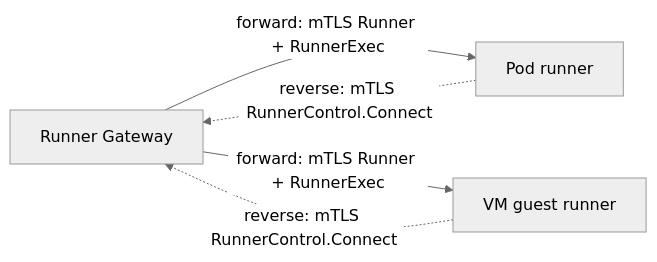
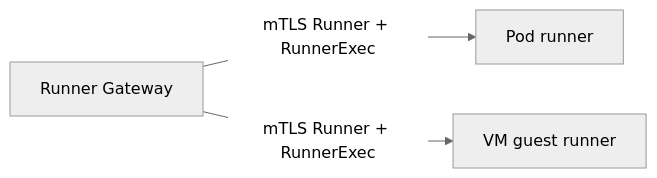
The third of 8 diagrams in agentplane/docs/system_overview.md (agentydragon/ducktape), drawn with Mermaid (neutral theme) before and after one commit. The commit also changed other lines of this file and 129 other files, not shown here.

Commit message:
Serve runner control exclusively over direct mTLS gRPC

````diff
--- a/agentplane/docs/system_overview.md
+++ b/agentplane/docs/system_overview.md
@@ -68,10 +67,8 @@
 ```mermaid
 flowchart LR
     gateway[Runner Gateway]
     pod[Pod runner]
     guest[VM guest runner]
-    pod -.->|reverse: mTLS RunnerControl.Connect| gateway
-    guest -.->|reverse: mTLS RunnerControl.Connect| gateway
-    gateway -->|forward: mTLS Runner + RunnerExec| pod
-    gateway -->|forward: mTLS Runner + RunnerExec| guest
+    gateway -->|mTLS Runner + RunnerExec| pod
+    gateway -->|mTLS Runner + RunnerExec| guest
 ```
````
